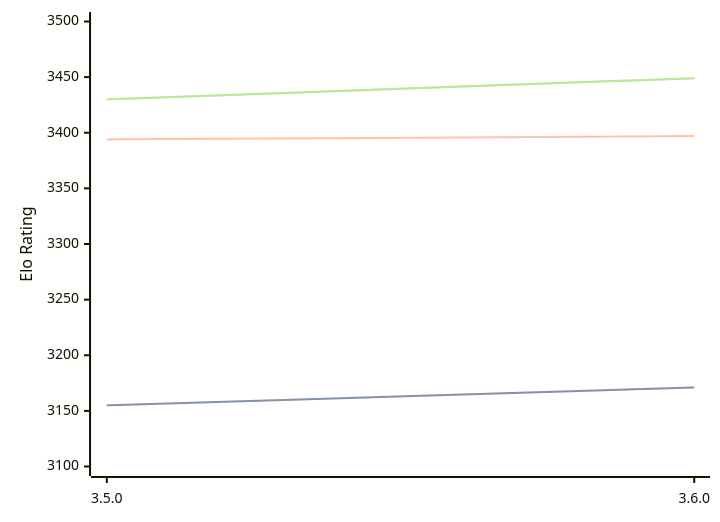
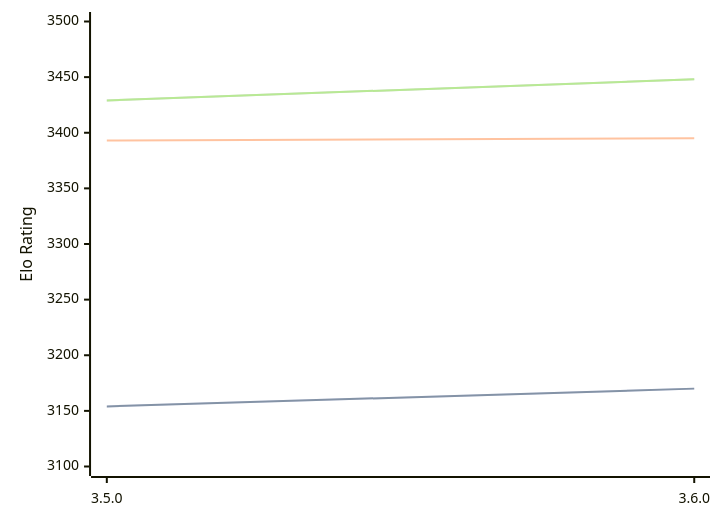
The third of 3 diagrams in engines/Igel.md (computer-chess-index/cci), drawn with Mermaid before and after one commit. The commit also changed other lines of this file, not shown here.

Commit message:
Update CCI Ratings (ELO VLTC) - 2026-07-15

````diff
--- a/engines/Igel.md
+++ b/engines/Igel.md
@@ -101,11 +101,11 @@
 ```mermaid
 %%{init: {"theme":"base","themeVariables":{"seriesColors:['#a3a3a3','#222221','#faa371']}}}%%
 xychart-beta
   x-axis ["3.5.0", "3.6.0"]
   y-axis "Elo Rating" 3100 --> 3500
-  line "STC (8.0+0.08s)" [3155, 3171]
-  line "STC (8.0+0.08s)" [3155, 3171]
-  line "LTC (60.0+0.60s)" [3394, 3397]
-  line "VLTC (2m24s+1.12s)" [3430, 3449]
-  line "VLTC (2m24s+1.12s)" [3430, 3449]
+  line "STC (8.0+0.08s)" [3154, 3170]
+  line "STC (8.0+0.08s)" [3154, 3170]
+  line "LTC (60.0+0.60s)" [3393, 3395]
+  line "VLTC (2m24s+1.12s)" [3429, 3448]
+  line "VLTC (2m24s+1.12s)" [3429, 3448]
 ```
````
